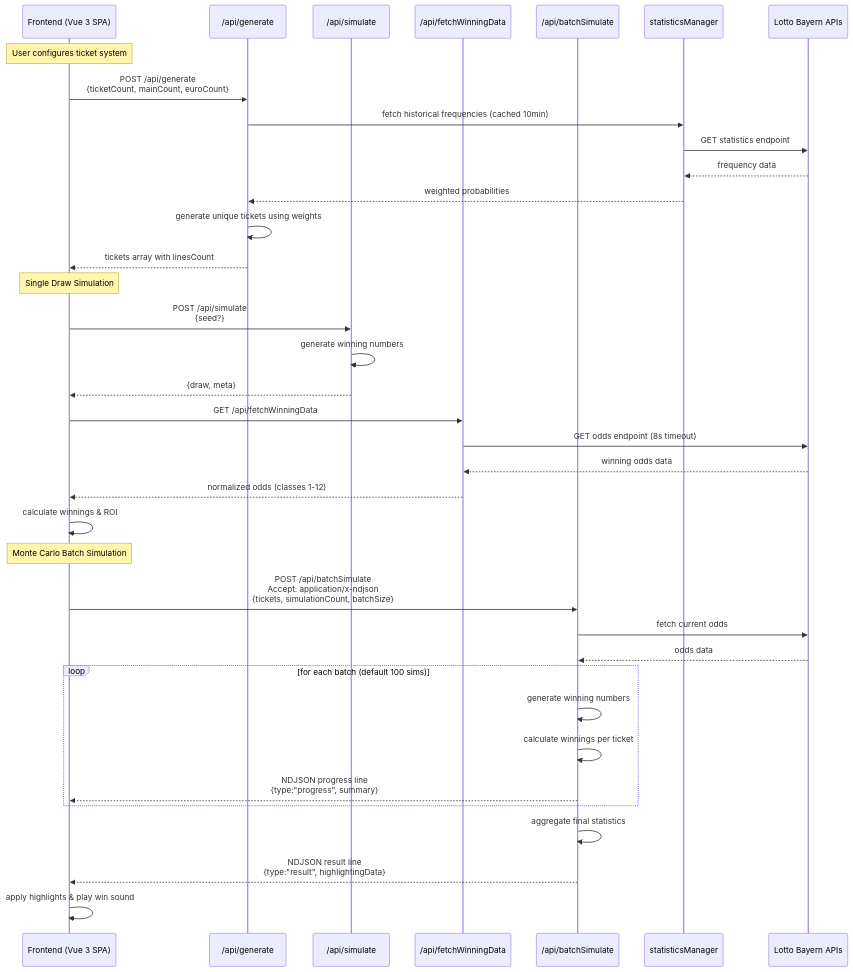
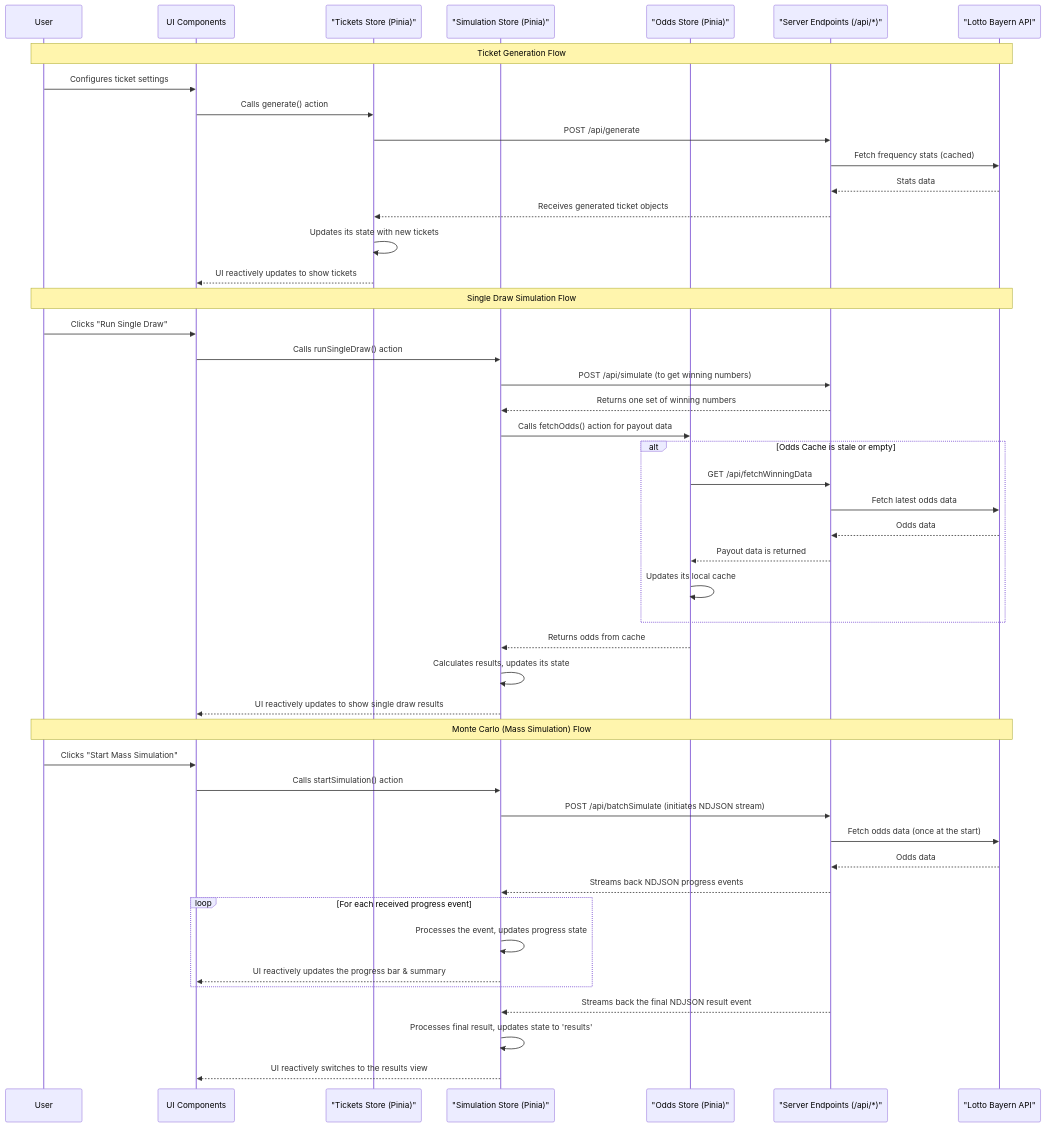
The diagram in ai_docs/ARCHITECTURE.md (valentinvieriu/EuroJackpotGenerator), drawn with Mermaid before and after one commit. The commit also changed other lines of this file and 2 other files, not shown here.

````diff
--- a/ai_docs/ARCHITECTURE.md
+++ b/ai_docs/ARCHITECTURE.md
@@ -11,42 +18,55 @@
 ```mermaid
 sequenceDiagram
-    participant UI as Frontend (Vue 3 SPA)
-    participant GEN as /api/generate
-    participant SIM as /api/simulate
-    participant ODDS as /api/fetchWinningData
-    participant BATCH as /api/batchSimulate
-    participant STATS as statisticsManager
-    participant LB as Lotto Bayern APIs
+    participant User
+    participant UI Components
+    participant TicketsStore as "Tickets Store (Pinia)"
+    participant SimStore as "Simulation Store (Pinia)"
+    participant OddsStore as "Odds Store (Pinia)"
+    participant Server as "Server Endpoints (/api/*)"
+    participant LottoBayern as "Lotto Bayern API"
 
-    Note over UI: User configures ticket system
-    UI->>GEN: POST /api/generate<br/>{ticketCount, mainCount, euroCount}
-    GEN->>STATS: fetch historical frequencies (cached 10min)
-    STATS->>LB: GET statistics endpoint
-    LB-->>STATS: frequency data
-    STATS-->>GEN: weighted probabilities
-    GEN->>GEN: generate unique tickets using weights
-    GEN-->>UI: tickets array with linesCount
+    Note over User, LottoBayern: Ticket Generation Flow
+    User->>UI Components: Configures ticket settings
+    UI Components->>TicketsStore: Calls generate() action
+    TicketsStore->>Server: POST /api/generate
+    Server->>LottoBayern: Fetch frequency stats (cached)
+    LottoBayern-->>Server: Stats data
+    Server-->>TicketsStore: Receives generated ticket objects
+    TicketsStore->>TicketsStore: Updates its state with new tickets
+    TicketsStore-->>UI Components: UI reactively updates to show tickets
 
-    Note over UI: Single Draw Simulation
-    UI->>SIM: POST /api/simulate<br/>{seed?}
-    SIM->>SIM: generate winning numbers
-    SIM-->>UI: {draw, meta}
-    UI->>ODDS: GET /api/fetchWinningData
-    ODDS->>LB: GET odds endpoint (8s timeout)
-    LB-->>ODDS: winning odds data
-    ODDS-->>UI: normalized odds (classes 1-12)
-    UI->>UI: calculate winnings & ROI
+    Note over User, LottoBayern: Single Draw Simulation Flow
+    User->>UI Components: Clicks "Run Single Draw"
+    UI Components->>SimStore: Calls runSingleDraw() action
+    SimStore->>Server: POST /api/simulate (to get winning numbers)
+    Server-->>SimStore: Returns one set of winning numbers
+    SimStore->>OddsStore: Calls fetchOdds() action for payout data
 
-    Note over UI: Monte Carlo Batch Simulation
-    UI->>BATCH: POST /api/batchSimulate<br/>Accept: application/x-ndjson<br/>{tickets, simulationCount, batchSize}
-    BATCH->>LB: fetch current odds
-    LB-->>BATCH: odds data
-    loop for each batch (default 100 sims)
-        BATCH->>BATCH: generate winning numbers
-        BATCH->>BATCH: calculate winnings per ticket
-        BATCH-->>UI: NDJSON progress line<br/>{type:"progress", summary}
+    alt Odds Cache is stale or empty
+        OddsStore->>Server: GET /api/fetchWinningData
+        Server->>LottoBayern: Fetch latest odds data
+        LottoBayern-->>Server: Odds data
+        Server-->>OddsStore: Payout data is returned
+        OddsStore->>OddsStore: Updates its local cache
     end
-    BATCH->>BATCH: aggregate final statistics
-    BATCH-->>UI: NDJSON result line<br/>{type:"result", highlightingData}
-    UI->>UI: apply highlights & play win sound
+    OddsStore-->>SimStore: Returns odds from cache
+
+    SimStore->>SimStore: Calculates results, updates its state
+    SimStore-->>UI Components: UI reactively updates to show single draw results
+
+    Note over User, LottoBayern: Monte Carlo (Mass Simulation) Flow
+    User->>UI Components: Clicks "Start Mass Simulation"
+    UI Components->>SimStore: Calls startSimulation() action
+    SimStore->>Server: POST /api/batchSimulate (initiates NDJSON stream)
+    Server->>LottoBayern: Fetch odds data (once at the start)
+    LottoBayern-->>Server: Odds data
+    Server-->>SimStore: Streams back NDJSON progress events
+
+    loop For each received progress event
+        SimStore->>SimStore: Processes the event, updates progress state
+        SimStore-->>UI Components: UI reactively updates the progress bar & summary
+    end
+    Server-->>SimStore: Streams back the final NDJSON result event
+    SimStore->>SimStore: Processes final result, updates state to 'results'
+    SimStore-->>UI Components: UI reactively switches to the results view
 ```
````
